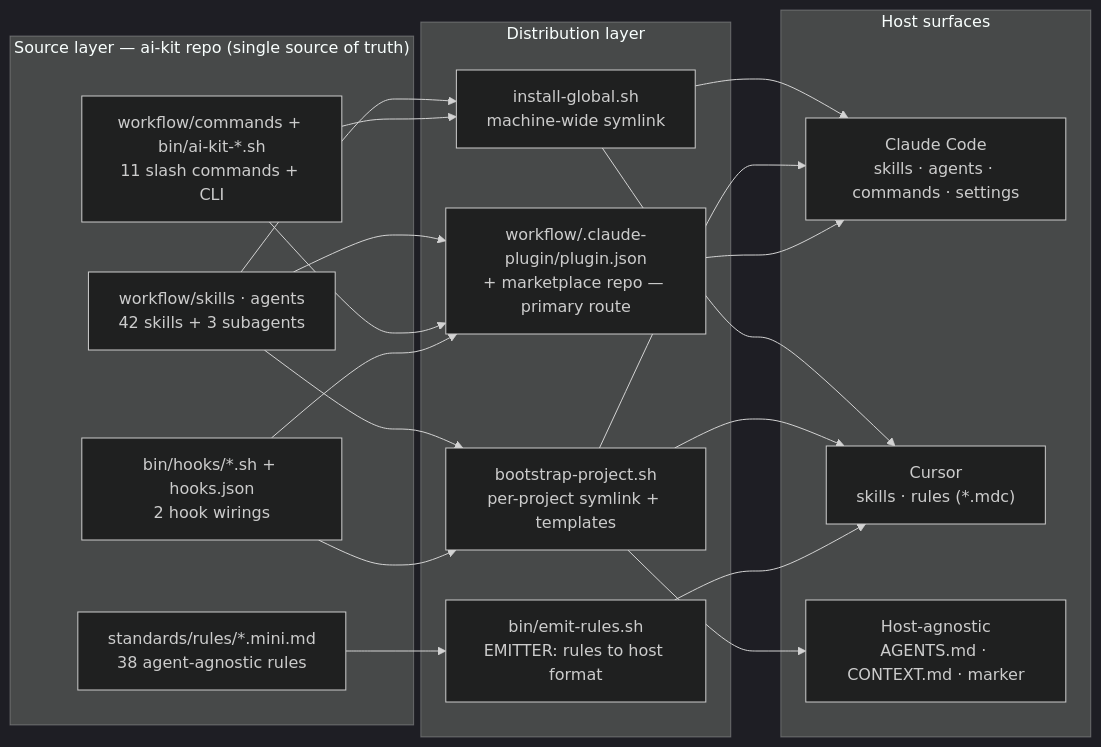
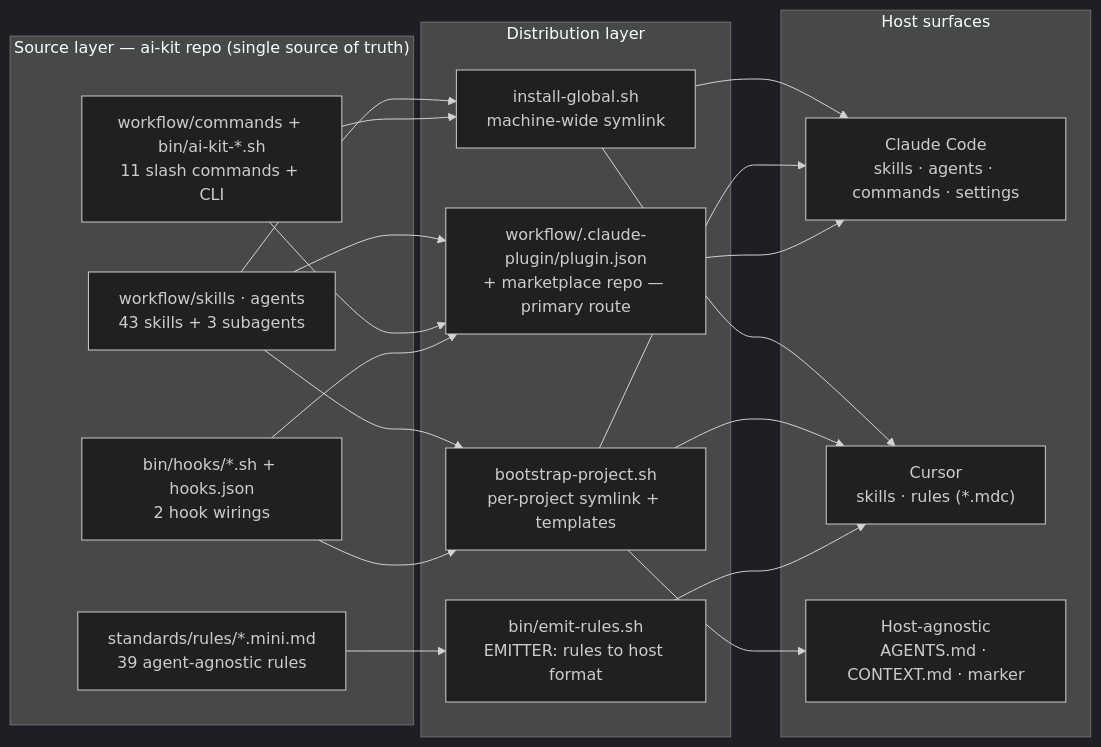
Before and after one commit to yusufkaracaburun/ai-kit: the first of 2 diagrams in docs/diagrams.md, drawn with Mermaid (dark theme). The commit also changed 33 other files, not shown here.

````diff
--- a/docs/diagrams.md
+++ b/docs/diagrams.md
@@ -10,32 +10,32 @@
 ```mermaid
 flowchart LR
   subgraph SRC["Source layer — ai-kit repo (single source of truth)"]
-    SA["workflow/skills · agents<br/>42 skills + 3 subagents"]
+    SA["workflow/skills · agents<br/>43 skills + 3 subagents"]
     CB["workflow/commands + bin/ai-kit-*.sh<br/>11 slash commands + CLI"]
     H["bin/hooks/*.sh + hooks.json<br/>2 hook wirings"]
-    R["standards/rules/*.mini.md<br/>38 agent-agnostic rules"]
+    R["standards/rules/*.mini.md<br/>39 agent-agnostic rules"]
   end
 
   subgraph DIST["Distribution layer"]
     IG["install-global.sh<br/>machine-wide symlink"]
     PL["workflow/.claude-plugin/plugin.json<br/>+ marketplace repo — primary route"]
     BP["bootstrap-project.sh<br/>per-project symlink + templates"]
     ER["bin/emit-rules.sh<br/>EMITTER: rules to host format"]
   end
 
   subgraph HOSTS["Host surfaces"]
     CC["Claude Code<br/>skills · agents · commands · settings"]
     CU["Cursor<br/>skills · rules (*.mdc)"]
     HA["Host-agnostic<br/>AGENTS.md · CONTEXT.md · marker"]
   end
 
   SA --> IG & BP & PL
   CB --> IG & PL
   H --> PL & BP
   R --> ER
 
   IG --> CC & CU
   BP --> CC & CU & HA
   PL --> CC
   ER --> CU
 ```
````
